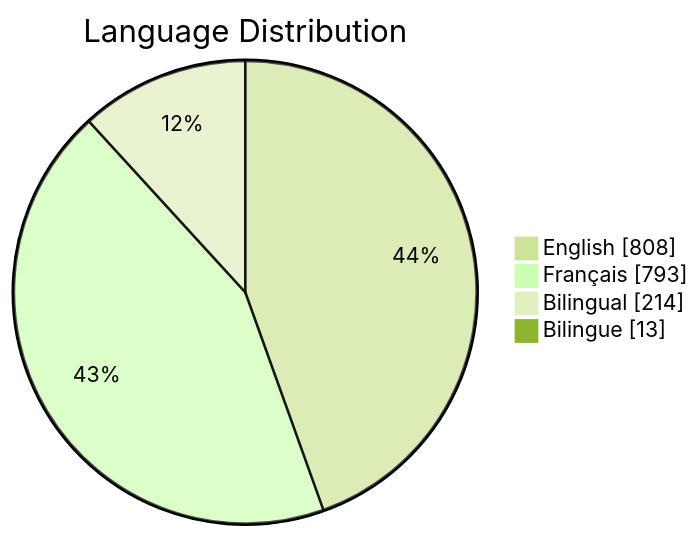
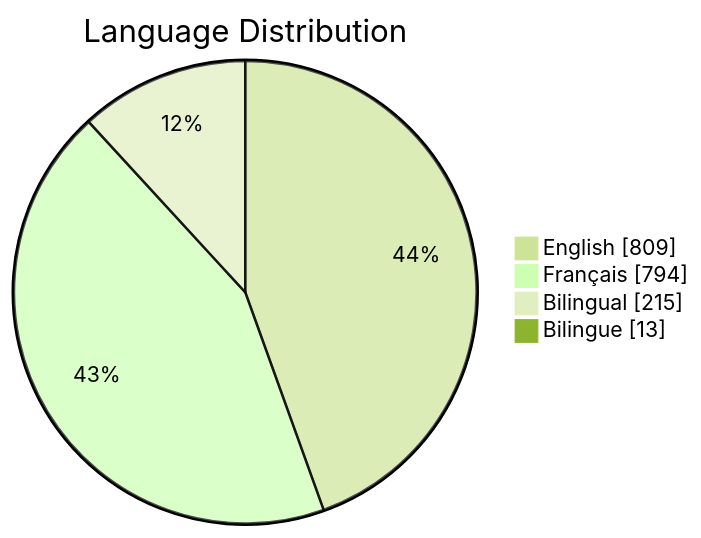
Before and after one commit to PatLittle/GC-Socials: the third of 6 diagrams in README.md, drawn with Mermaid (forest theme). The commit also changed other lines of this file, not shown here.

Commit message:
Update README with Platform Distribution pie chart

````diff
--- a/README.md
+++ b/README.md
@@ -65,7 +65,7 @@
 ```mermaid
 pie showData title Language Distribution
-    "English": 808
-    "Français": 793
-    "Bilingual": 214
+    "English": 809
+    "Français": 794
+    "Bilingual": 215
     "Bilingue": 13
 ```
````
